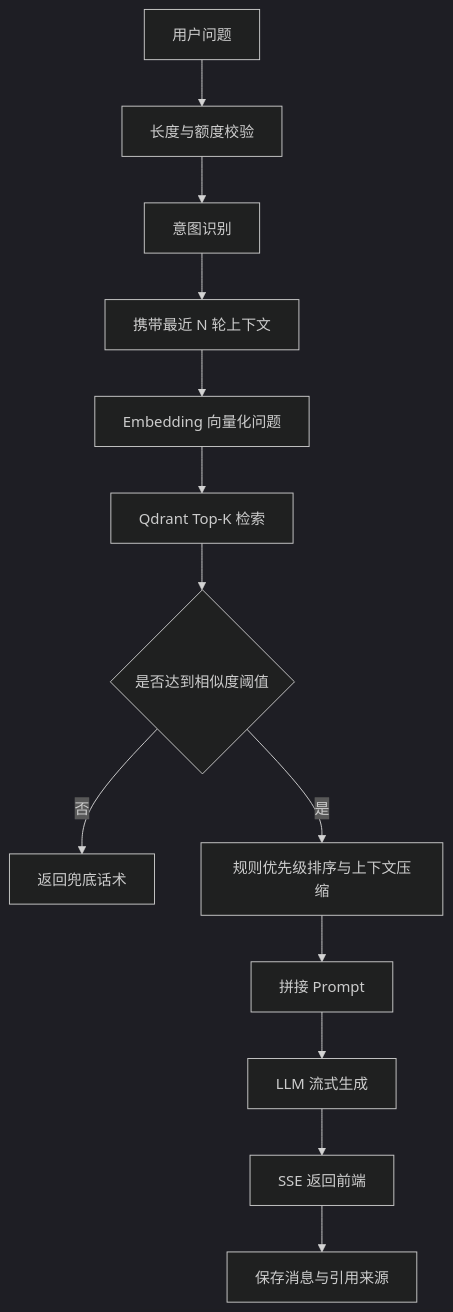
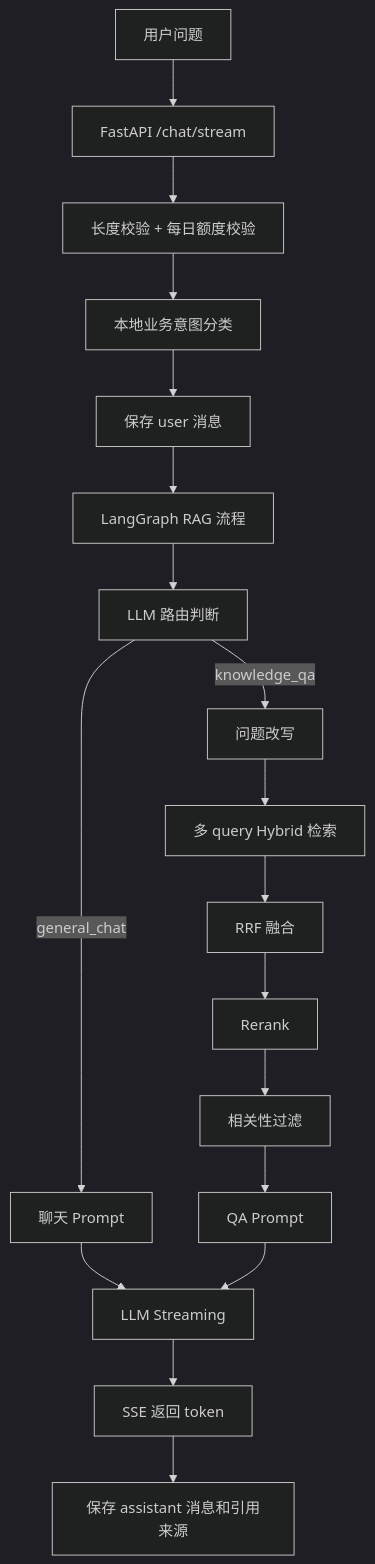
The diagram in docs/AI架构设计.md (Itachi852/aegisdesk-ai), drawn with Mermaid (dark theme) before and after one commit. The commit also changed other lines of this file and 38 other files, not shown here.

````diff
--- a/docs/AI架构设计.md
+++ b/docs/AI架构设计.md
@@ -5,15 +7,20 @@
 ```mermaid
 flowchart TD
-  A["用户问题"] --> B["长度与额度校验"]
-  B --> C["意图识别"]
-  C --> D["携带最近 N 轮上下文"]
-  D --> E["Embedding 向量化问题"]
-  E --> F["Qdrant Top-K 检索"]
-  F --> G{"是否达到相似度阈值"}
-  G -- 否 --> H["返回兜底话术"]
-  G -- 是 --> I["规则优先级排序与上下文压缩"]
-  I --> J["拼接 Prompt"]
-  J --> K["LLM 流式生成"]
-  K --> L["SSE 返回前端"]
-  L --> M["保存消息与引用来源"]
+    A["用户问题"] --> B["FastAPI /chat/stream"]
+    B --> C["长度校验 + 每日额度校验"]
+    C --> D["本地业务意图分类"]
+    D --> E["保存 user 消息"]
+    E --> F["LangGraph RAG 流程"]
+    F --> G["LLM 路由判断"]
+    G -->|general_chat| H["聊天 Prompt"]
+    G -->|knowledge_qa| I["问题改写"]
+    I --> J["多 query Hybrid 检索"]
+    J --> K["RRF 融合"]
+    K --> L["Rerank"]
+    L --> M["相关性过滤"]
+    M --> N["QA Prompt"]
+    H --> O["LLM Streaming"]
+    N --> O
+    O --> P["SSE 返回 token"]
+    P --> Q["保存 assistant 消息和引用来源"]
 ```
````
